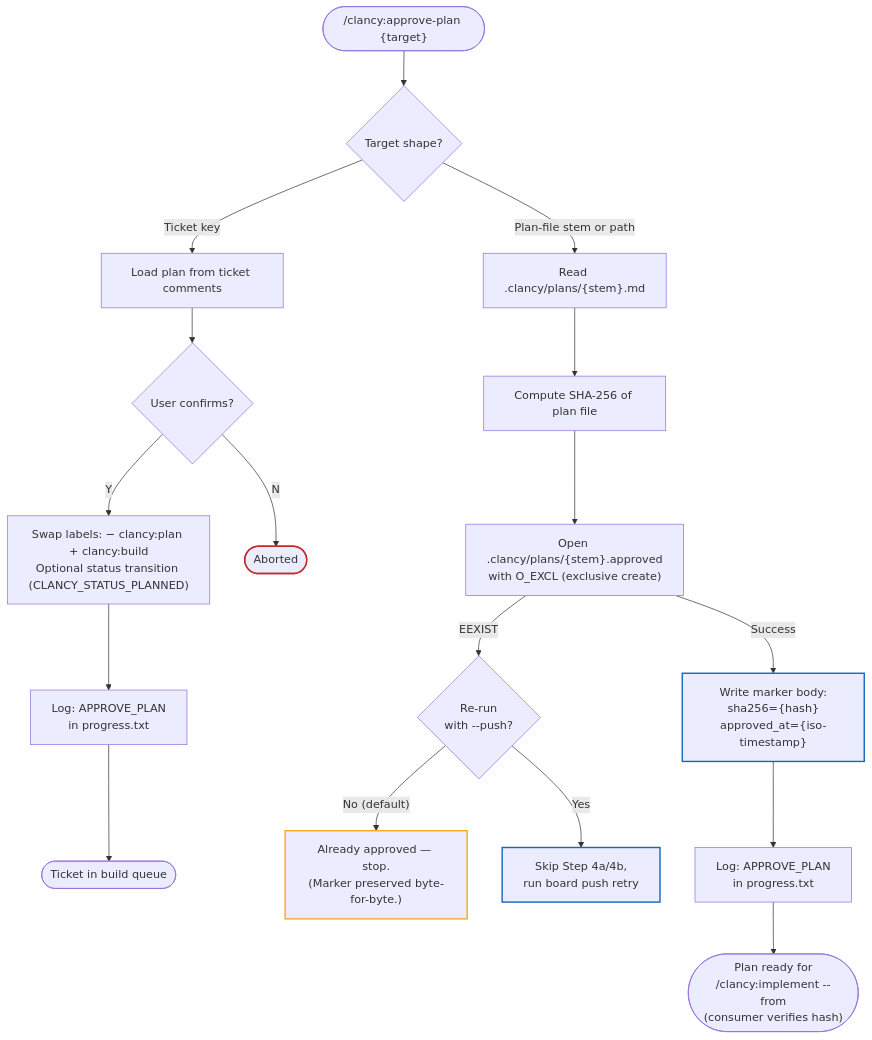
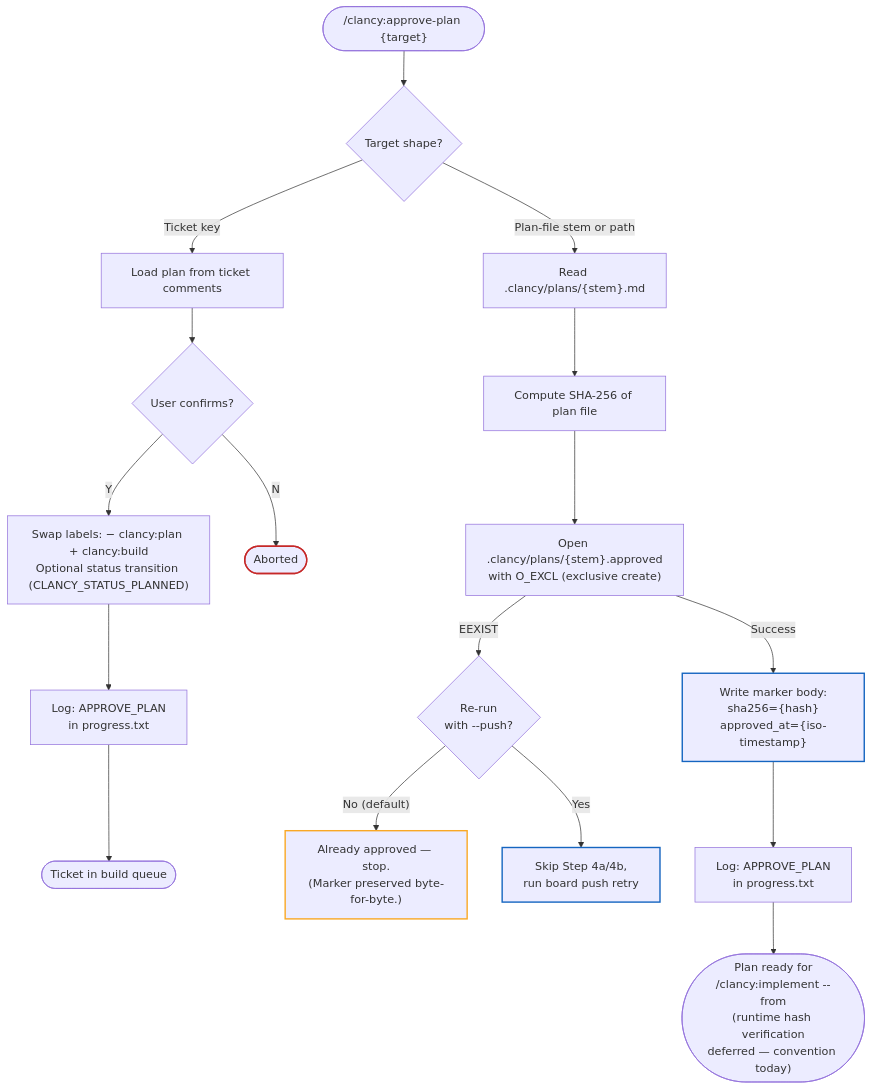
Before and after one commit to Pushedskydiver/chief-clancy: diagram 11 of 14 in docs/VISUAL-ARCHITECTURE.md, drawn with Mermaid. The commit also changed other lines of this file and 5 other files, not shown here.

````diff
--- a/docs/VISUAL-ARCHITECTURE.md
+++ b/docs/VISUAL-ARCHITECTURE.md
@@ -652,27 +652,27 @@
 ```mermaid
 flowchart TD
     Approve(["/clancy:approve-plan {target}"]) --> Resolve{"Target shape?"}
 
     Resolve -->|Ticket key| BoardPath["Load plan from ticket comments"]
     Resolve -->|Plan-file stem or path| LocalPath["Read .clancy/plans/{stem}.md"]
 
     BoardPath --> ConfirmB{"User confirms?"}
     ConfirmB -->|"Y"| TransitionB["Swap labels: − clancy:plan + clancy:build\nOptional status transition (CLANCY_STATUS_PLANNED)"]
     ConfirmB -->|"N"| StopB(["Aborted"])
     TransitionB --> LogB["Log: APPROVE_PLAN\nin progress.txt"]
     LogB --> ReadyB(["Ticket in build queue"])
 
     LocalPath --> HashFile["Compute SHA-256 of plan file"]
     HashFile --> OpenExcl["Open .clancy/plans/{stem}.approved\nwith O_EXCL (exclusive create)"]
     OpenExcl -->|"Success"| WriteMarker["Write marker body:\nsha256={hash}\napproved_at={iso-timestamp}"]
     OpenExcl -->|"EEXIST"| Existing{"Re-run\nwith --push?"}
     Existing -->|"No (default)"| AlreadyApproved["Already approved — stop.\n(Marker preserved byte-for-byte.)"]
     Existing -->|"Yes"| PushFallthrough["Skip Step 4a/4b,\nrun board push retry"]
     WriteMarker --> LogL["Log: APPROVE_PLAN\nin progress.txt"]
-    LogL --> ReadyL(["Plan ready for\n/clancy:implement --from\n(consumer verifies hash)"])
+    LogL --> ReadyL(["Plan ready for\n/clancy:implement --from\n(runtime hash verification\ndeferred — convention today)"])
 
     style StopB stroke:#c62828,stroke-width:2px
     style AlreadyApproved stroke:#f9a825,stroke-width:2px
     style PushFallthrough stroke:#1565c0,stroke-width:2px
     style WriteMarker stroke:#1565c0,stroke-width:2px
 ```
````
